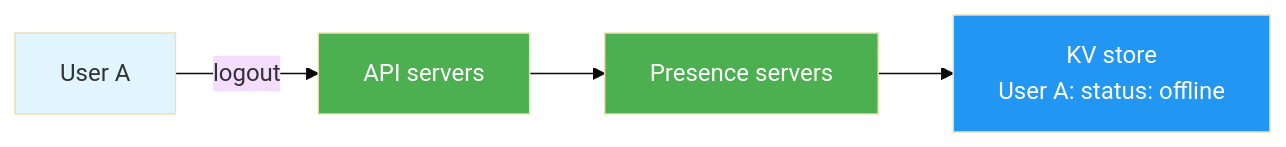
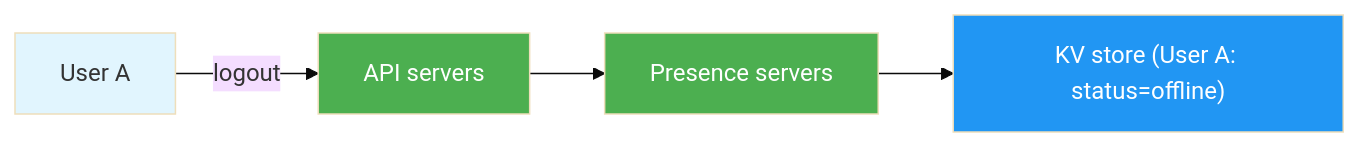
Diagram 15 of 18 in 1.ChatApp.md (NalinDalal/system-design), drawn with Mermaid (base theme) before and after one commit. The commit also changed other lines of this file, not shown here.

````diff
--- a/1.ChatApp.md
+++ b/1.ChatApp.md
@@ -385,11 +377,11 @@
 ```mermaid
 graph LR
     A[User A] -->|logout| B[API servers]
     B --> C[Presence servers]
-    C --> D[KV store<br/>User A: status: offline]
+    C --> D["KV store (User A: status=offline)"]
 
     style A fill:#e1f5fe
     style B fill:#4caf50,color:#fff
     style C fill:#4caf50,color:#fff
     style D fill:#2196f3,color:#fff
 ```
````
